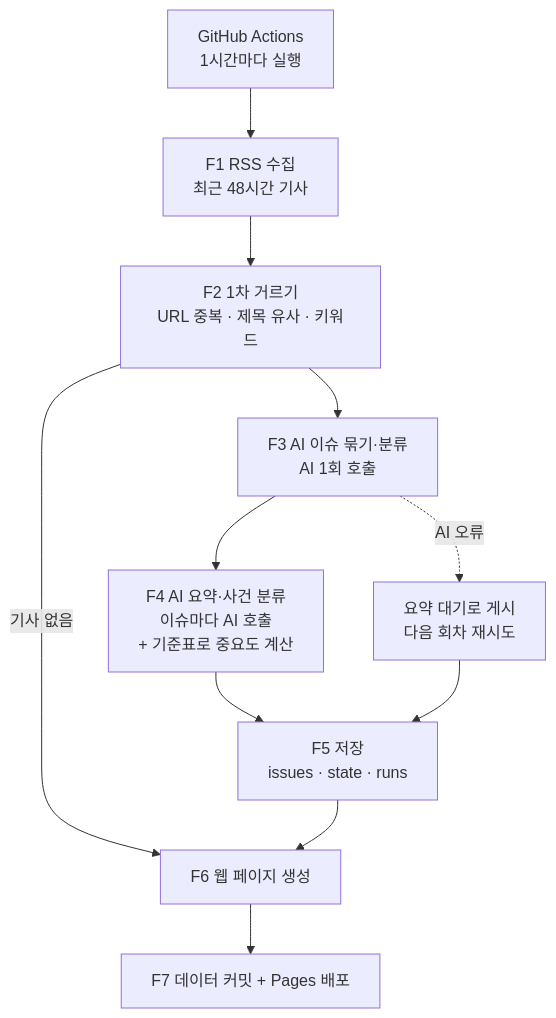
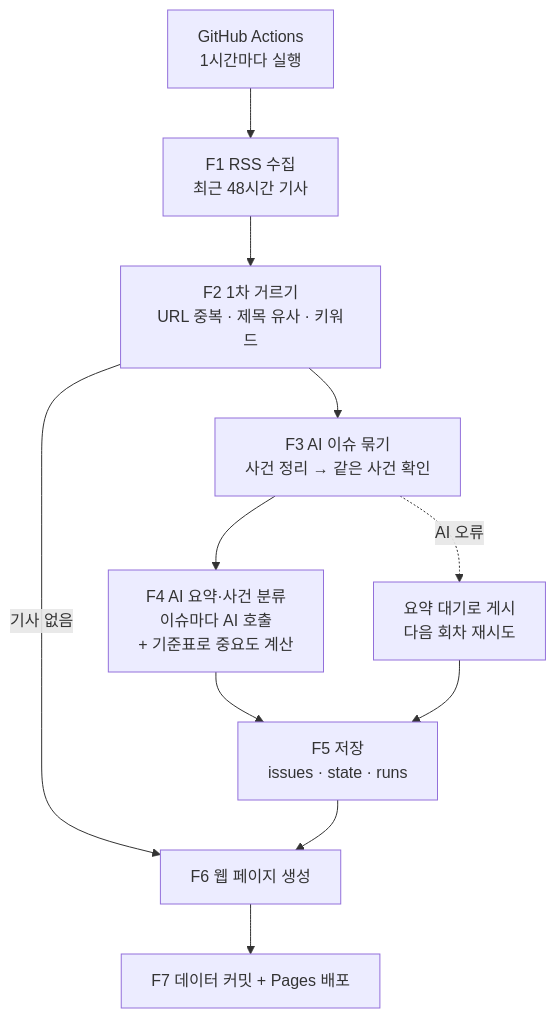
The diagram in docs/design.md (smyz1203/semicon-news-agent), drawn with Mermaid before and after one commit. The commit also changed other lines of this file and 7 other files, not shown here.

````diff
--- a/docs/design.md
+++ b/docs/design.md
@@ -26,13 +26,13 @@
 ```mermaid
 flowchart TD
     A[GitHub Actions<br/>1시간마다 실행] --> B[F1 RSS 수집<br/>최근 48시간 기사]
     B --> C[F2 1차 거르기<br/>URL 중복 · 제목 유사 · 키워드]
     C -->|기사 없음| H
-    C --> D[F3 AI 이슈 묶기·분류<br/>AI 1회 호출]
+    C --> D[F3 AI 이슈 묶기<br/>사건 정리 → 같은 사건 확인]
     D --> E[F4 AI 요약·사건 분류<br/>이슈마다 AI 호출<br/>+ 기준표로 중요도 계산]
     E --> F[F5 저장<br/>issues · state · runs]
     D -. AI 오류 .-> G[요약 대기로 게시<br/>다음 회차 재시도]
     G --> F
     F --> H[F6 웹 페이지 생성]
     H --> I[F7 데이터 커밋 + Pages 배포]
 ```
````
